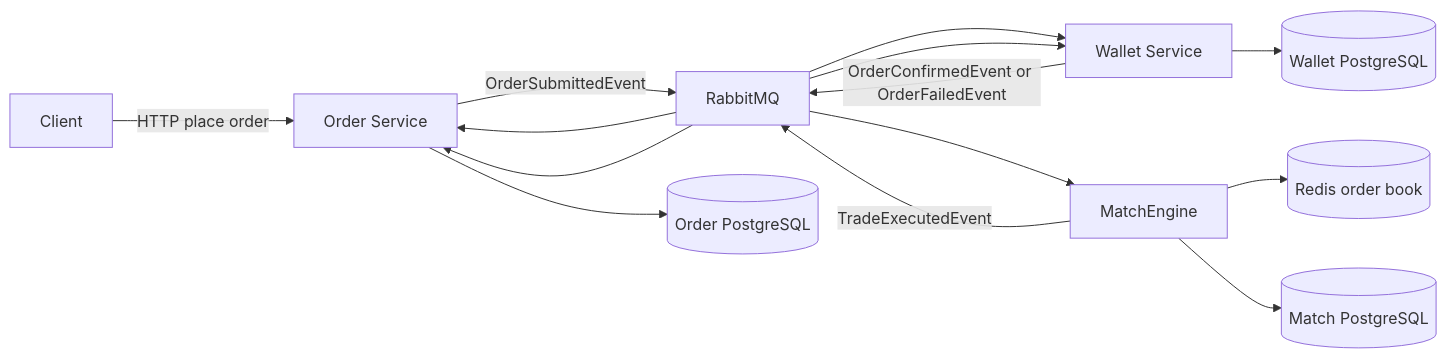
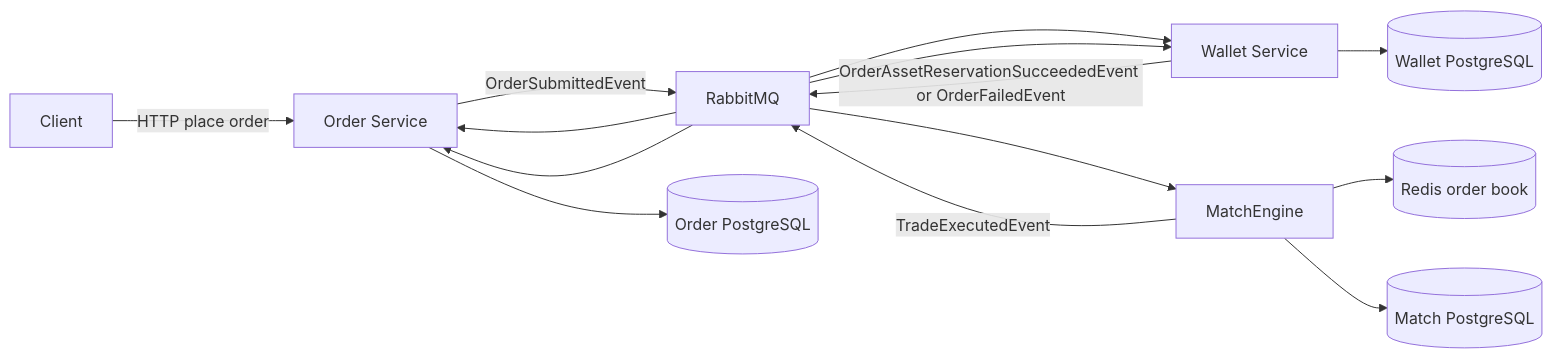
Before and after one commit to Yitin-tsai/eap-infra: the first of 8 diagrams in docs/order-event-lifecycle.zh-TW.md, drawn with Mermaid. The commit also changed other lines of this file and 34 other files, not shown here.

````diff
--- a/docs/order-event-lifecycle.zh-TW.md
+++ b/docs/order-event-lifecycle.zh-TW.md
@@ -20,16 +31,16 @@
 ```mermaid
 graph LR
     client["Client"] -->|"HTTP place order"| order["Order Service"]
     order -->|"OrderSubmittedEvent"| rabbit["RabbitMQ"]
     rabbit --> wallet["Wallet Service"]
-    wallet -->|"OrderConfirmedEvent or OrderFailedEvent"| rabbit
+    wallet -->|"OrderAssetReservationSucceededEvent or OrderFailedEvent"| rabbit
     rabbit --> order
     rabbit --> match["MatchEngine"]
     match --> redis[("Redis order book")]
     match -->|"TradeExecutedEvent"| rabbit
     rabbit --> order
     rabbit --> wallet
     order --> orderDb[("Order PostgreSQL")]
     wallet --> walletDb[("Wallet PostgreSQL")]
     match --> matchDb[("Match PostgreSQL")]
 ```
````
